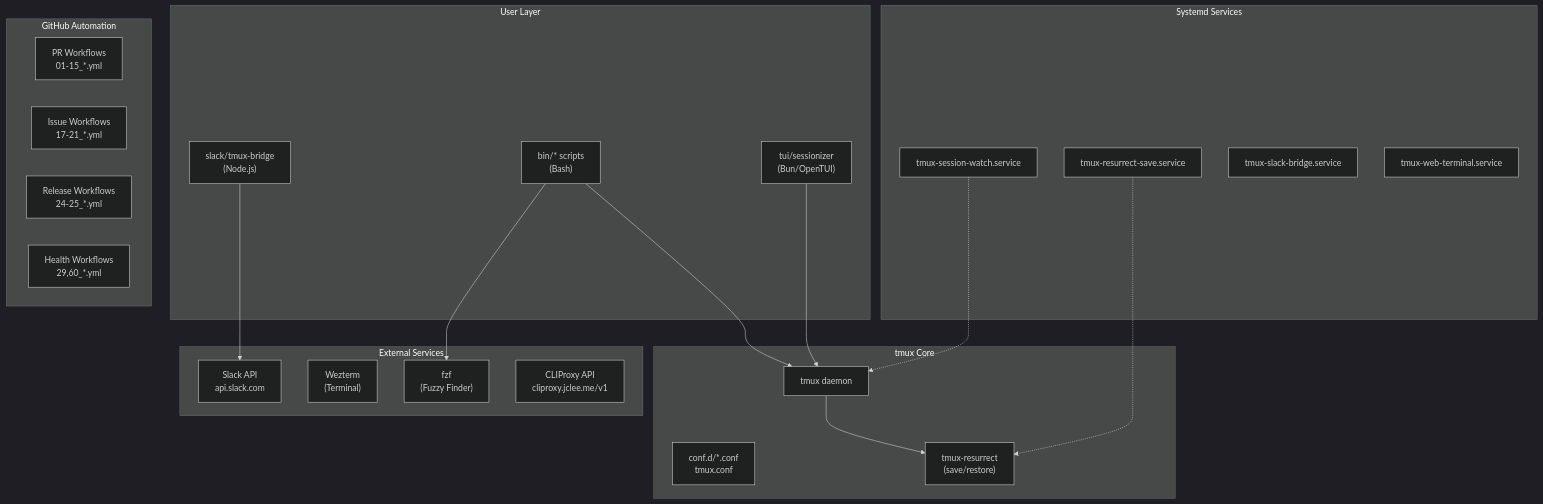
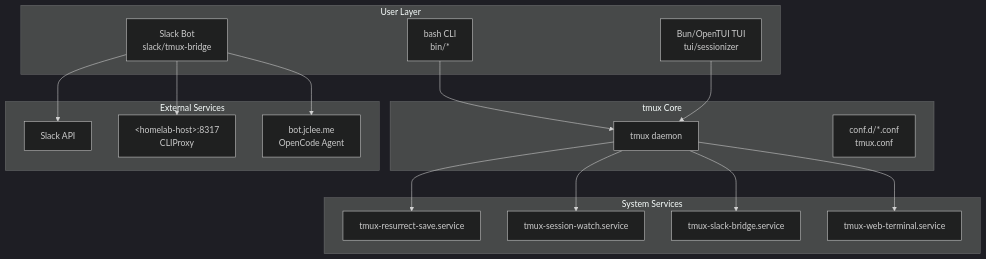
One commit to jclee941/tmux changed the diagram in README.md. Above: the diagram before and after it, drawn with Mermaid (dark theme). The commit also changed other lines of this file, not shown here.

````diff
--- a/README.md
+++ b/README.md
@@ -60,44 +63,36 @@
 ```mermaid
 flowchart TB
     subgraph User["User Layer"]
-        CLI["bin/* scripts<br/>(Bash)"]
-        TUI["tui/sessionizer<br/>(Bun/OpenTUI)"]
-        SlackBot["slack/tmux-bridge<br/>(Node.js)"]
+        CLI["bash CLI<br/>bin/*"]
+        TUI["Bun/OpenTUI TUI<br/>tui/sessionizer"]
+        SlackBot["Slack Bot<br/>slack/tmux-bridge"]
     end
 
     subgraph Core["tmux Core"]
         TMUX["tmux daemon"]
         CONF["conf.d/*.conf<br/>tmux.conf"]
-        RESURRECT["tmux-resurrect<br/>(save/restore)"]
     end
 
-    subgraph Services["Systemd Services"]
-        SAVE["tmux-resurrect-save.service"]
+    subgraph Services["System Services"]
+        RESURRECT["tmux-resurrect-save.service"]
         WATCH["tmux-session-watch.service"]
-        SLACK["tmux-slack-bridge.service"]
-        WEB["tmux-web-terminal.service"]
+        SLACK_SVC["tmux-slack-bridge.service"]
+        WEB_TERM["tmux-web-terminal.service"]
     end
 
     subgraph External["External Services"]
-        SLACK_API["Slack API<br/>api.slack.com"]
-        WEZTERM["Wezterm<br/>(Terminal)"]
-        FZF["fzf<br/>(Fuzzy Finder)"]
-        CLIProxy["CLIProxy API<br/>cliproxy.jclee.me/v1"]
+        SLACK["Slack API"]
+        PROXY["&lt;homelab-host&gt;:8317<br/>CLIProxy"]
+        OPCODE["bot.jclee.me<br/>OpenCode Agent"]
     end
 
     CLI --> TMUX
     TUI --> TMUX
-    SlackBot --> SLACK_API
-    CLI --> FZF
+    SlackBot --> SLACK
+    SlackBot --> PROXY
     TMUX --> RESURRECT
-    SAVE -.-> RESURRECT
-    WATCH -.-> TMUX
-
-    subgraph GitHubAutomation["GitHub Automation"]
-        direction LR
-        PR["PR Workflows<br/>01-15_*.yml"]
-        Issue["Issue Workflows<br/>17-21_*.yml"]
-        Release["Release Workflows<br/>24-25_*.yml"]
-        Health["Health Workflows<br/>29,60_*.yml"]
-    end
+    TMUX --> WATCH
+    TMUX --> SLACK_SVC
+    TMUX --> WEB_TERM
+    SlackBot --> OPCODE
 ```
````
